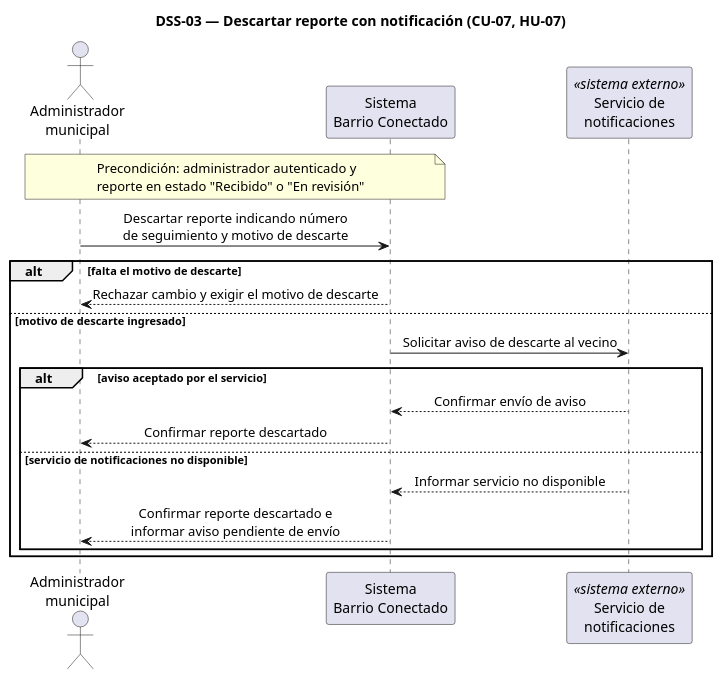
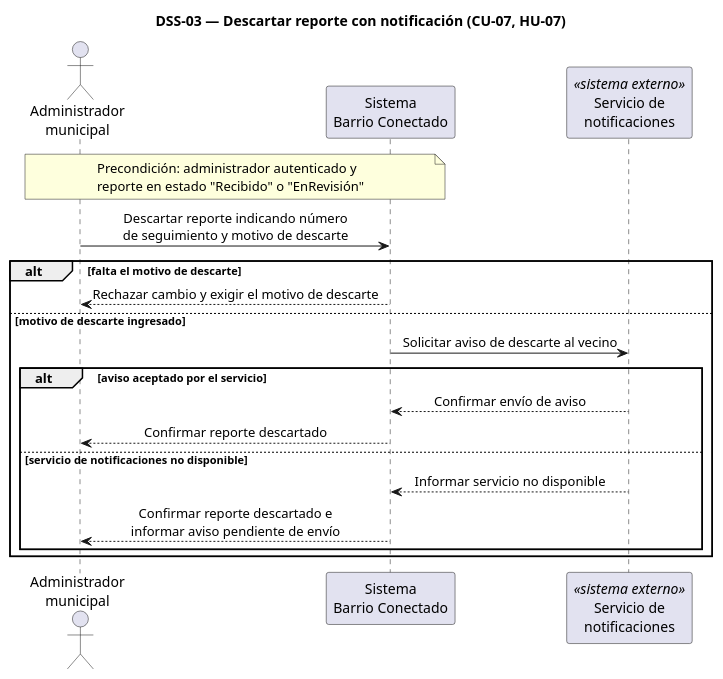
The diagram in diagramas/dss-03.puml (bruhmzk/Barrio-Conectado), drawn with PlantUML before and after one commit. The commit also changed 9 other files, not shown here.

```diff
--- a/diagramas/dss-03.puml
+++ b/diagramas/dss-03.puml
@@ -1,26 +1,26 @@
 @startuml dss-03
 title DSS-03 — Descartar reporte con notificación (CU-07, HU-07)
 skinparam shadowing false
 skinparam sequenceMessageAlign center
 
 actor Admin as "Administrador\nmunicipal"
 participant Sistema as "Sistema\nBarrio Conectado"
 participant Notif as "Servicio de\nnotificaciones" <<sistema externo>>
 
-note over Admin, Sistema : Precondición: administrador autenticado y\nreporte en estado "Recibido" o "En revisión"
+note over Admin, Sistema : Precondición: administrador autenticado y\nreporte en estado "Recibido" o "EnRevisión"
 
 Admin -> Sistema : Descartar reporte indicando número\nde seguimiento y motivo de descarte
 
 alt falta el motivo de descarte
   Sistema --> Admin : Rechazar cambio y exigir el motivo de descarte
 else motivo de descarte ingresado
   Sistema -> Notif : Solicitar aviso de descarte al vecino
   alt aviso aceptado por el servicio
     Notif --> Sistema : Confirmar envío de aviso
     Sistema --> Admin : Confirmar reporte descartado
   else servicio de notificaciones no disponible
     Notif --> Sistema : Informar servicio no disponible
     Sistema --> Admin : Confirmar reporte descartado e\ninformar aviso pendiente de envío
   end
 end
 @enduml
```
